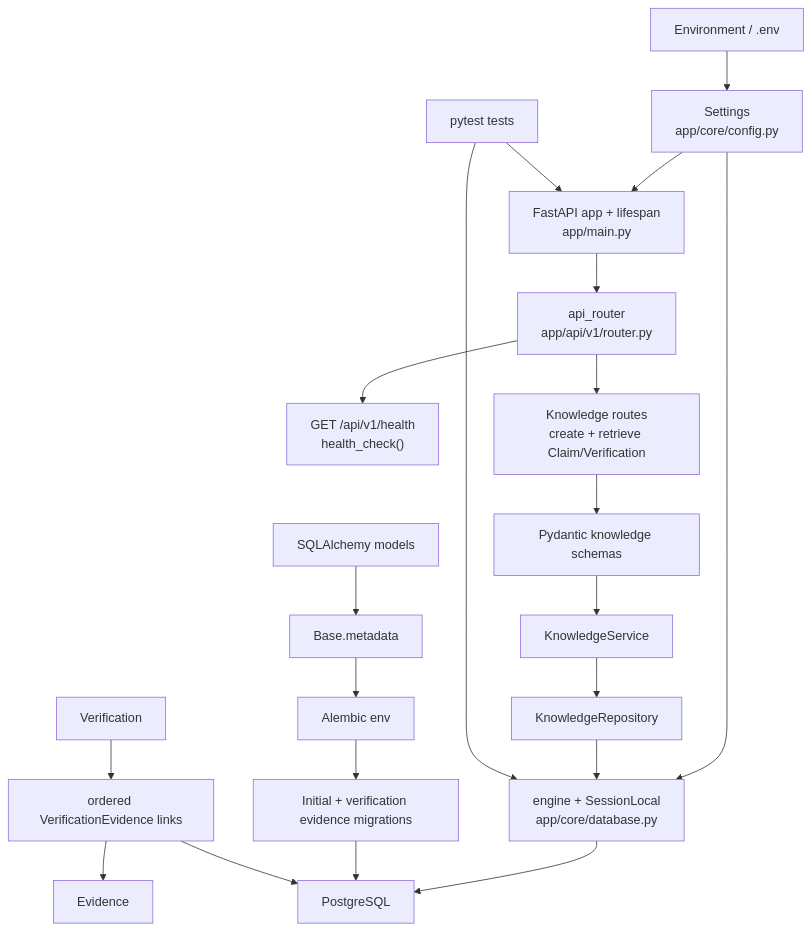
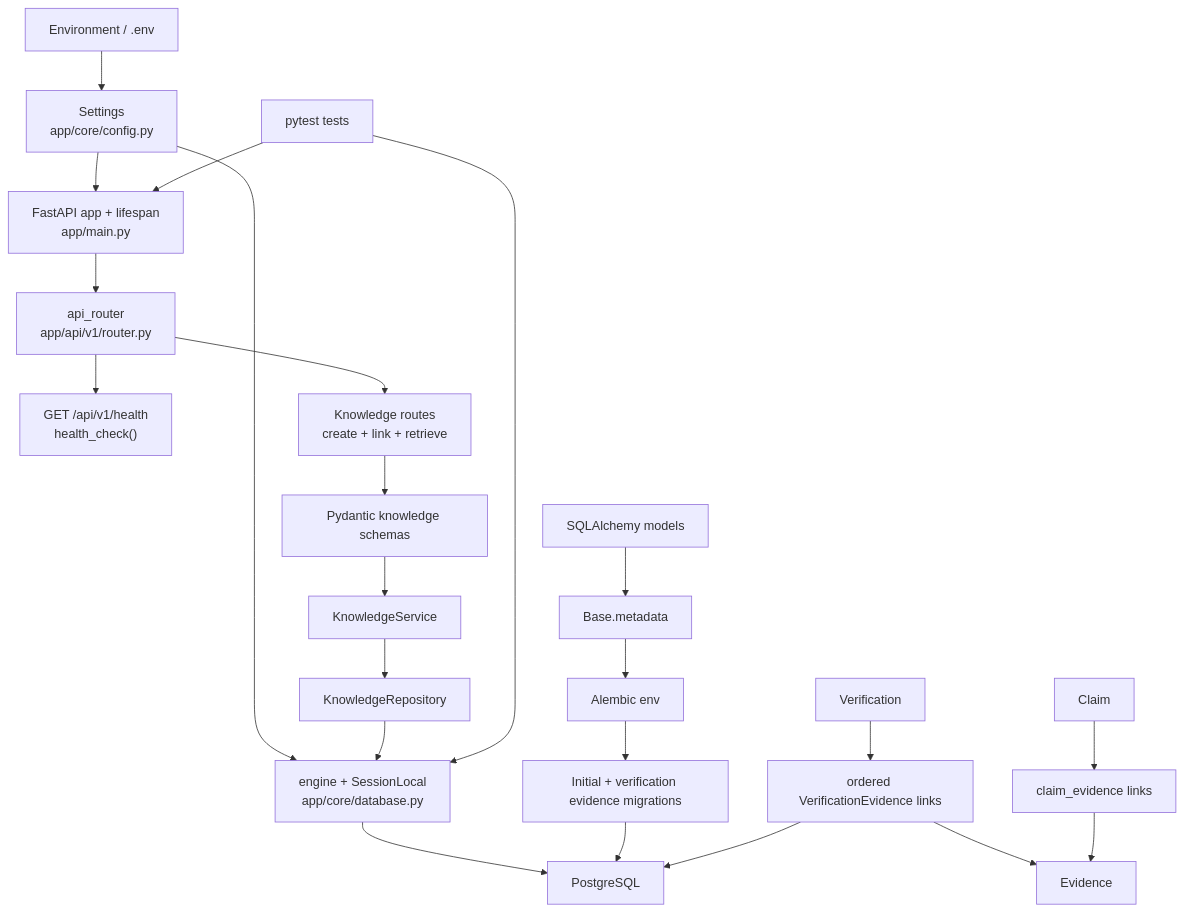
One commit to Dyuti60/assam-exam-ai changed the first of 5 diagrams in docs/workflow.md. Above: the diagram before and after it, drawn with Mermaid. The commit also changed other lines of this file and 9 other files, not shown here.

Commit message:
feat: link relevant evidence to claims

````diff
--- a/docs/workflow.md
+++ b/docs/workflow.md
@@ -9,23 +9,25 @@
 ```mermaid
 flowchart TD
     ENV["Environment / .env"] --> CFG["Settings\napp/core/config.py"]
     CFG --> APP["FastAPI app + lifespan\napp/main.py"]
     CFG --> DB["engine + SessionLocal\napp/core/database.py"]
     APP --> V1["api_router\napp/api/v1/router.py"]
     V1 --> HEALTH["GET /api/v1/health\nhealth_check()"]
-    V1 --> KNOWLEDGE["Knowledge routes\ncreate + retrieve Claim/Verification"]
+    V1 --> KNOWLEDGE["Knowledge routes\ncreate + link + retrieve"]
     KNOWLEDGE --> CONTRACTS["Pydantic knowledge schemas"]
     CONTRACTS --> SERVICE["KnowledgeService"]
     SERVICE --> REPOSITORY["KnowledgeRepository"]
     REPOSITORY --> DB
     DB --> POSTGRES["PostgreSQL"]
     MODELS["SQLAlchemy models"] --> META["Base.metadata"]
     META --> ALEMBIC["Alembic env"]
     ALEMBIC --> MIGRATION["Initial + verification evidence migrations"]
     MIGRATION --> POSTGRES
     VERIFICATION["Verification"] --> LINKS["ordered VerificationEvidence links"]
     LINKS --> EVIDENCE["Evidence"]
+    CLAIM["Claim"] --> RELEVANT["claim_evidence links"]
+    RELEVANT --> EVIDENCE
     LINKS --> POSTGRES
     TESTS["pytest tests"] --> APP
     TESTS --> DB
 ```
````
